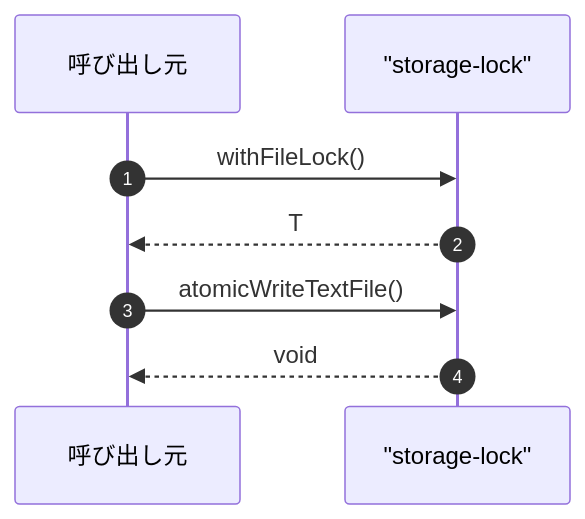
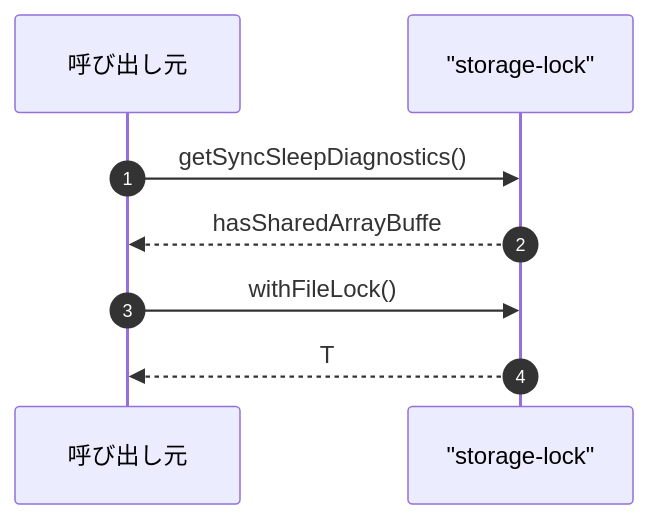
One commit to Mekann2904/mekann changed the third of 3 diagrams in ABDD/.pi/lib/storage-lock.md. Above: the diagram before and after it, drawn with Mermaid. The commit also changed other lines of this file and 205 other files, not shown here.

````diff
--- a/ABDD/.pi/lib/storage-lock.md
+++ b/ABDD/.pi/lib/storage-lock.md
@@ -66,12 +73,12 @@
 ```mermaid
 sequenceDiagram
   autonumber
   participant Caller as 呼び出し元
   participant storage_lock as "storage-lock"
 
+  Caller->>storage_lock: getSyncSleepDiagnostics()
+  storage_lock-->>Caller: hasSharedArrayBuffe
+
   Caller->>storage_lock: withFileLock()
   storage_lock-->>Caller: T
-
-  Caller->>storage_lock: atomicWriteTextFile()
-  storage_lock-->>Caller: void
 ```
````
